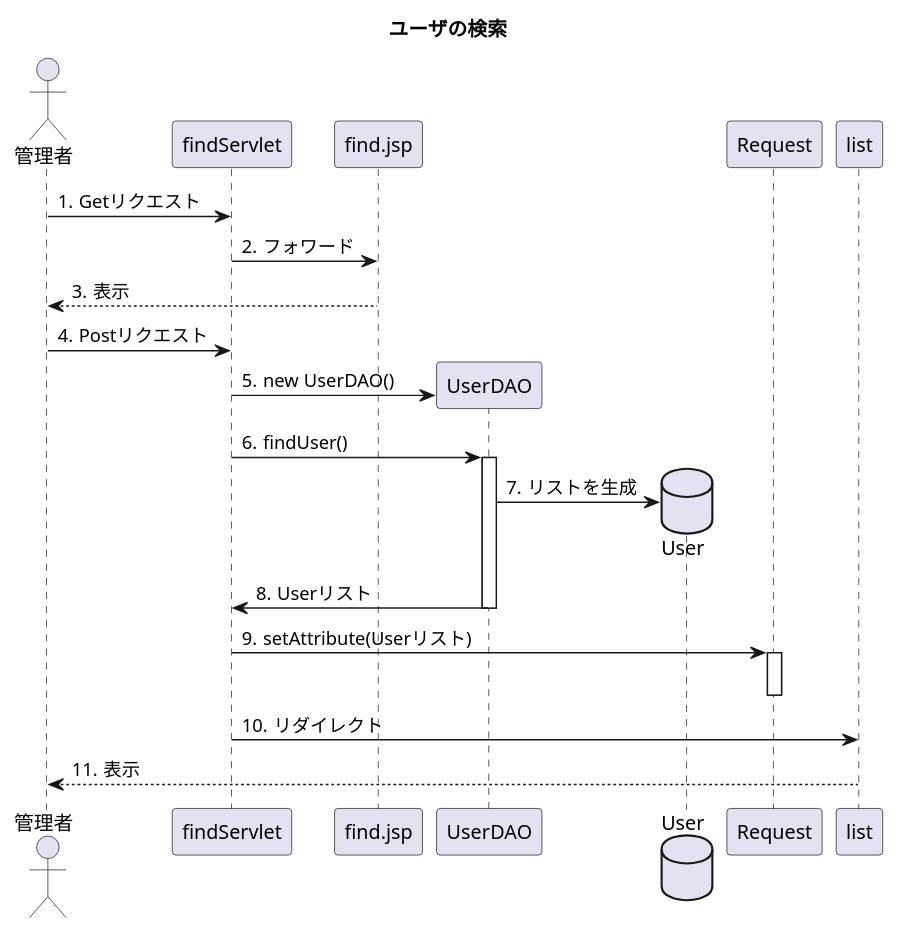
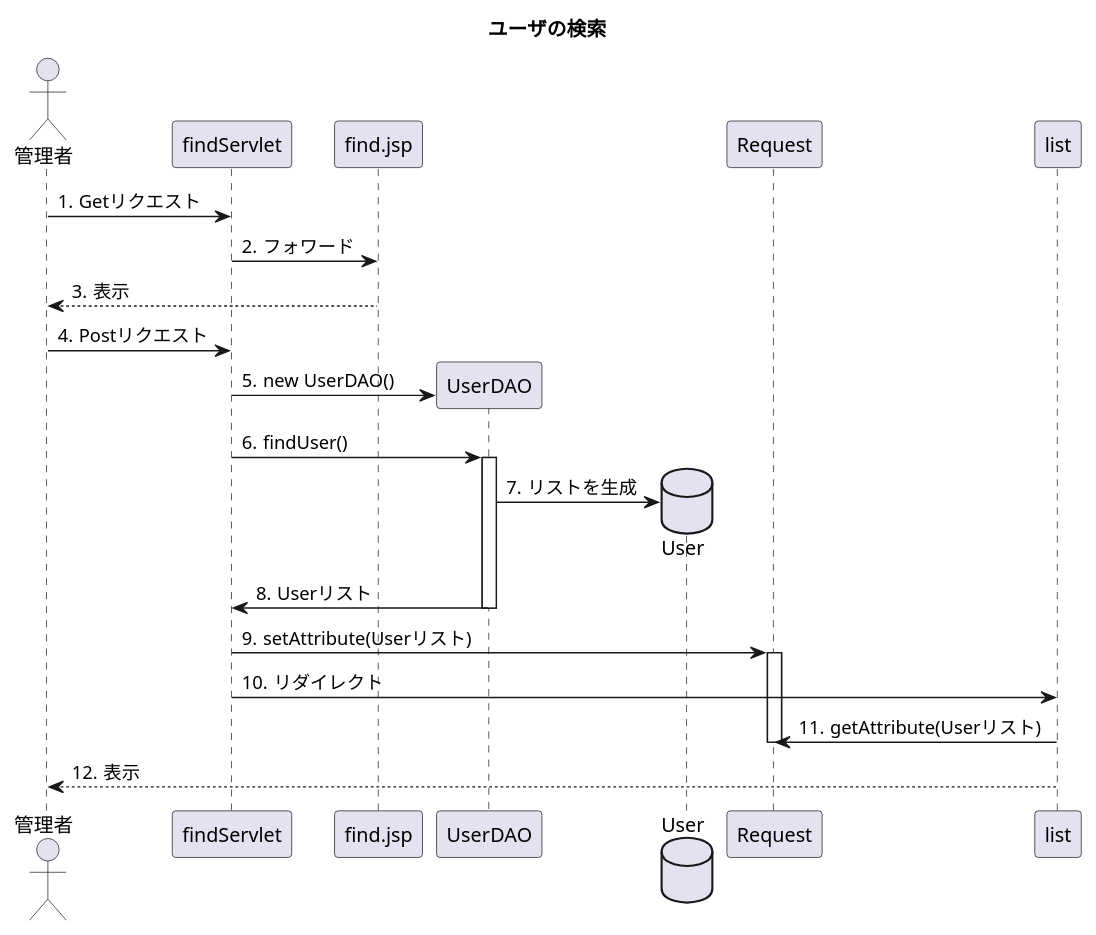
The diagram in uml_detail/seq_find.pu (toufu66/ProjectC), drawn with PlantUML before and after one commit.

Commit message:
詳細シーケンス ユーザ検索

```diff
--- a/uml_detail/seq_find.pu
+++ b/uml_detail/seq_find.pu
@@ -1,29 +1,29 @@
 @startuml
 title ユーザの検索
 
 autonumber "#."
 
 actor 管理者
 participant findServlet
 participant find.jsp
 
 participant UserDAO
 database User
 
 
 管理者 -> findServlet:Getリクエスト
 findServlet -> find.jsp:フォワード
 find.jsp --> 管理者:表示
 管理者 -> findServlet:Postリクエスト
 findServlet -> UserDAO**:new UserDAO()
 findServlet -> UserDAO++:findUser()
 UserDAO -> User**:リストを生成
 UserDAO -> findServlet--:Userリスト
 findServlet -> Request++:setAttribute(Userリスト)
-
+findServlet -> list:リダイレクト
+list -> Request:getAttribute(Userリスト)
 Request--
-findServlet -> list:リダイレクト
 list --> 管理者:表示
 
 
 @enduml
```
